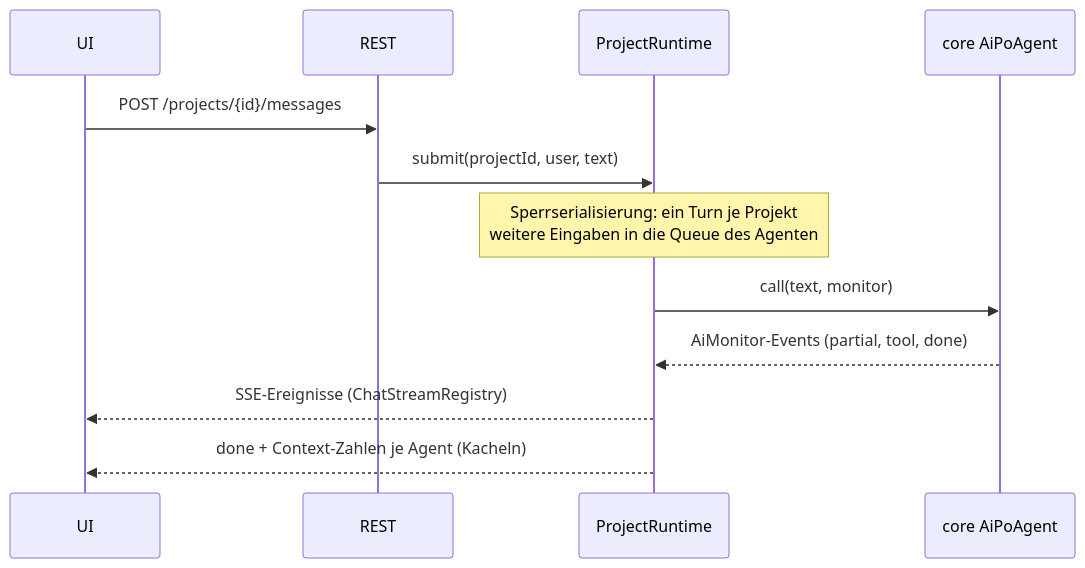
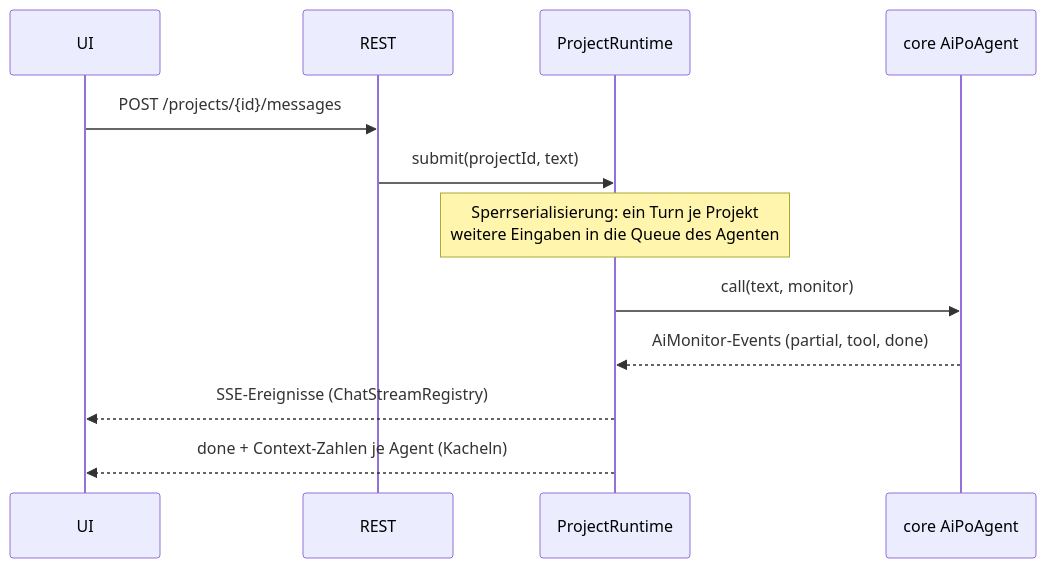
One commit to sterlp/eclipse-peon-ai changed the second of 4 diagrams in aifactory/docs/aifactory-architektur.md. Above: the diagram before and after it, drawn with Mermaid. The commit also changed other lines of this file and 24 other files, not shown here.

````diff
--- a/aifactory/docs/aifactory-architektur.md
+++ b/aifactory/docs/aifactory-architektur.md
@@ -53,14 +53,14 @@
 ```mermaid
 sequenceDiagram
   participant UI
   participant REST
   participant RUN as ProjectRuntime
   participant JON as core AiPoAgent
   UI->>REST: POST /projects/{id}/messages
-  REST->>RUN: submit(projectId, user, text)
+  REST->>RUN: submit(projectId, text)
   Note over RUN: Sperrserialisierung: ein Turn je Projekt<br/>weitere Eingaben in die Queue des Agenten
   RUN->>JON: call(text, monitor)
   JON-->>RUN: AiMonitor-Events (partial, tool, done)
   RUN-->>UI: SSE-Ereignisse (ChatStreamRegistry)
   RUN-->>UI: done + Context-Zahlen je Agent (Kacheln)
 ```
````
